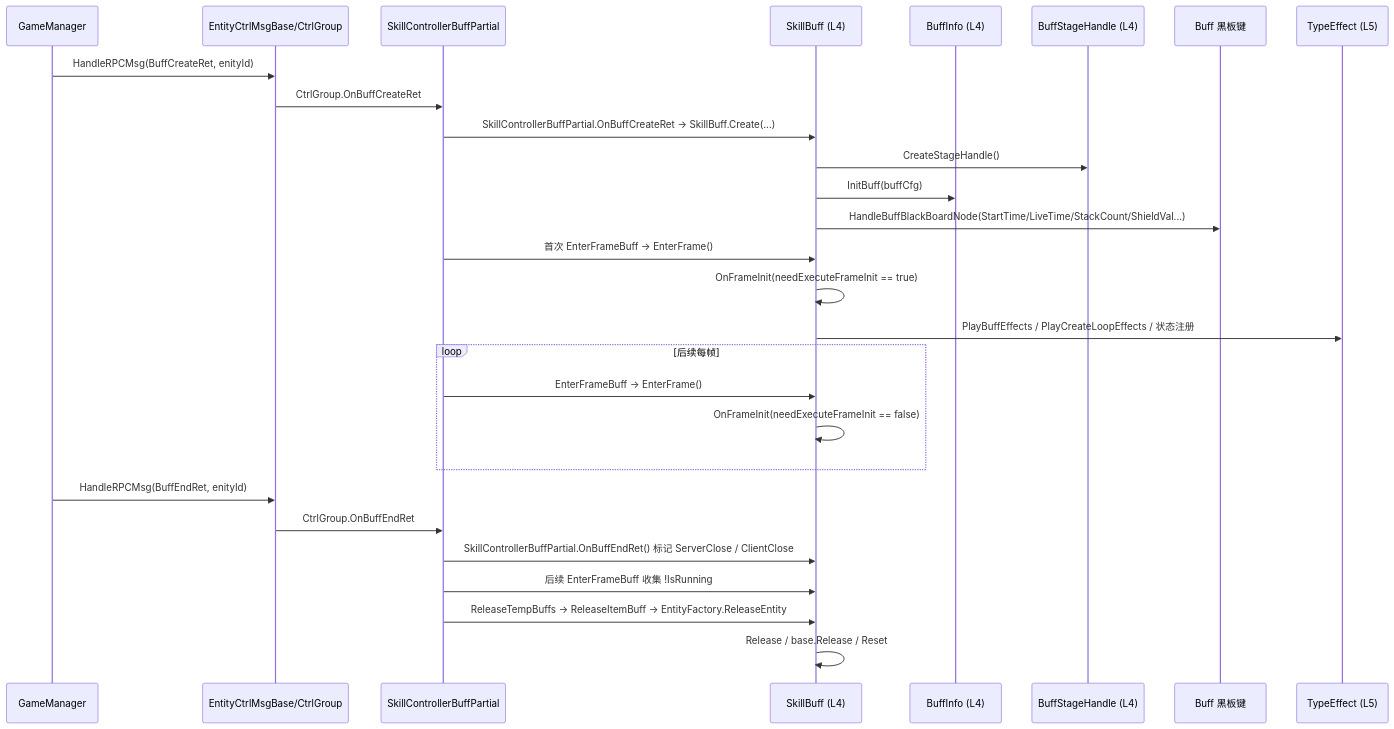
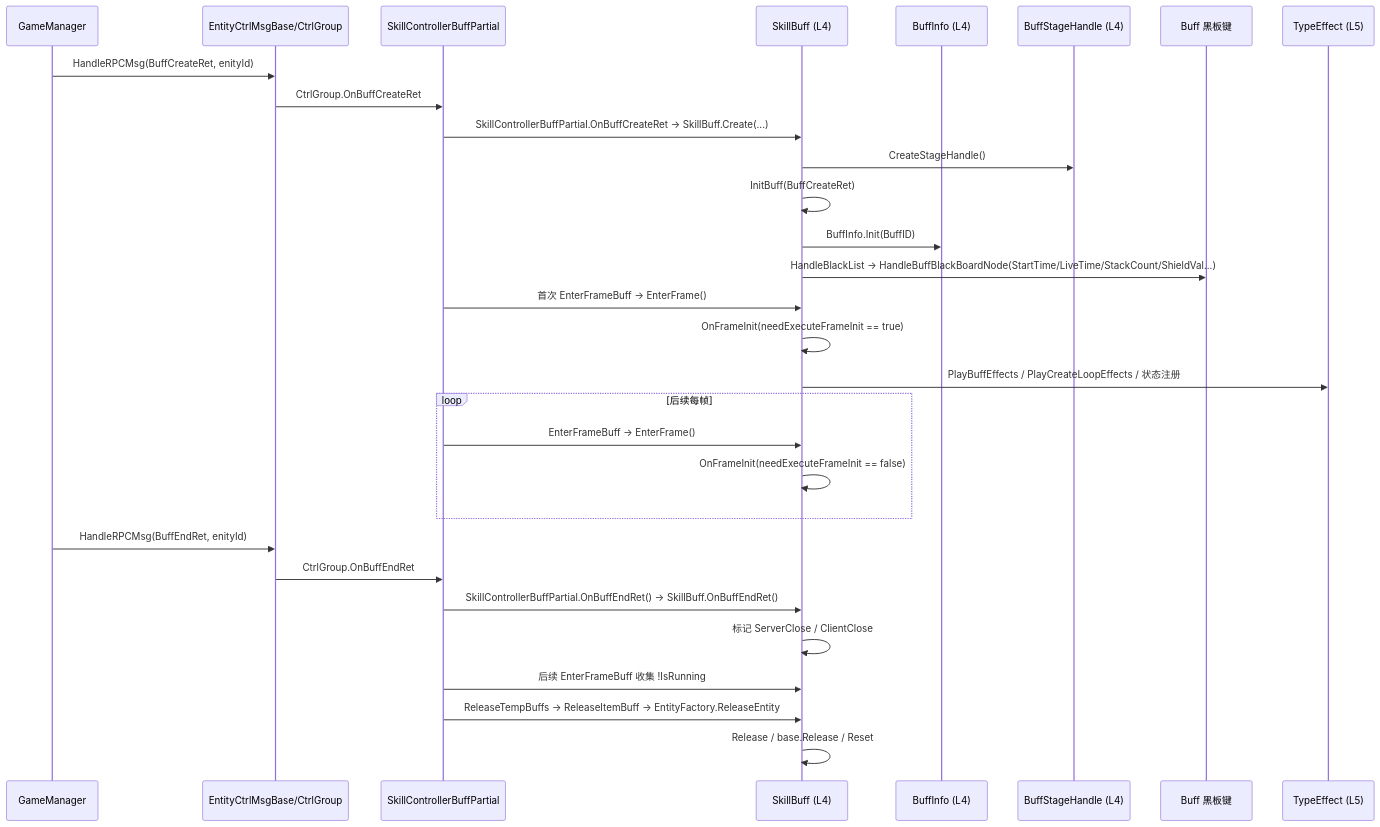
The diagram in diagrams/battle/FLOW_BUFF_LIFECYCLE.md (BoyLei/Stars), drawn with Mermaid before and after one commit. The commit also changed other lines of this file and 18 other files, not shown here.

````diff
--- a/diagrams/battle/FLOW_BUFF_LIFECYCLE.md
+++ b/diagrams/battle/FLOW_BUFF_LIFECYCLE.md
@@ -5,31 +5,33 @@
 ```mermaid
 sequenceDiagram
     participant GM as GameManager
     participant ECG as EntityCtrlMsgBase/CtrlGroup
     participant Src as SkillControllerBuffPartial
     participant SB as SkillBuff (L4)
     participant BI as BuffInfo (L4)
     participant BSH as BuffStageHandle (L4)
     participant BB as Buff 黑板键
     participant TE as TypeEffect (L5)
 
     GM->>ECG: HandleRPCMsg(BuffCreateRet, enityId)
     ECG->>Src: CtrlGroup.OnBuffCreateRet
     Src->>SB: SkillControllerBuffPartial.OnBuffCreateRet -> SkillBuff.Create(...)
     SB->>BSH: CreateStageHandle()
-    SB->>BI: InitBuff(buffCfg)
-    SB->>BB: HandleBuffBlackBoardNode(StartTime/LiveTime/StackCount/ShieldVal...)
+    SB->>SB: InitBuff(BuffCreateRet)
+    SB->>BI: BuffInfo.Init(BuffID)
+    SB->>BB: HandleBlackList -> HandleBuffBlackBoardNode(StartTime/LiveTime/StackCount/ShieldVal...)
     Src->>SB: 首次 EnterFrameBuff -> EnterFrame()
     SB->>SB: OnFrameInit(needExecuteFrameInit == true)
     SB->>TE: PlayBuffEffects / PlayCreateLoopEffects / 状态注册
     loop 后续每帧
         Src->>SB: EnterFrameBuff -> EnterFrame()
         SB->>SB: OnFrameInit(needExecuteFrameInit == false)
     end
     GM->>ECG: HandleRPCMsg(BuffEndRet, enityId)
     ECG->>Src: CtrlGroup.OnBuffEndRet
-    Src->>SB: SkillControllerBuffPartial.OnBuffEndRet() 标记 ServerClose / ClientClose
+    Src->>SB: SkillControllerBuffPartial.OnBuffEndRet() -> SkillBuff.OnBuffEndRet()
+    SB->>SB: 标记 ServerClose / ClientClose
     Src->>SB: 后续 EnterFrameBuff 收集 !IsRunning
     Src->>SB: ReleaseTempBuffs -> ReleaseItemBuff -> EntityFactory.ReleaseEntity
     SB->>SB: Release / base.Release / Reset
 ```
````
